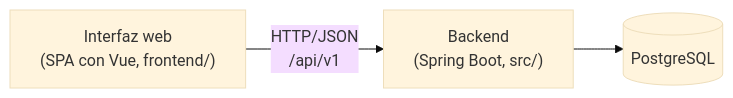
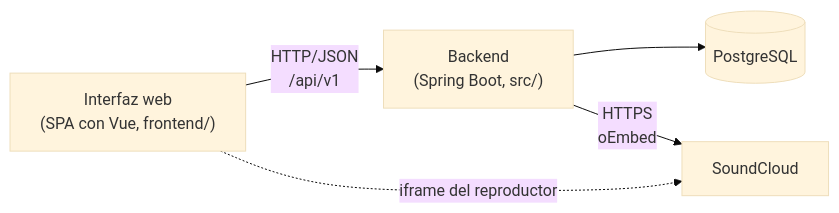
One commit to SE-7003-2027/memelomanos-finder-de-conciertos changed the first of 3 diagrams in docs/arquitectura.md. Above: the diagram before and after it, drawn with Mermaid (base theme). The commit also changed other lines of this file and 3 other files, not shown here.

First line of the commit message:
docs: documentar el endpoint de SoundCloud

````diff
--- a/docs/arquitectura.md
+++ b/docs/arquitectura.md
@@ -12,5 +12,7 @@
 ```mermaid
 flowchart LR
     UI["Interfaz web<br/>(SPA con Vue, frontend/)"] -- "HTTP/JSON<br/>/api/v1" --> API["Backend<br/>(Spring Boot, src/)"]
     API --> DB[("PostgreSQL")]
+    API -- "HTTPS<br/>oEmbed" --> SC["SoundCloud"]
+    UI -. "iframe del reproductor" .-> SC
 ```
````
